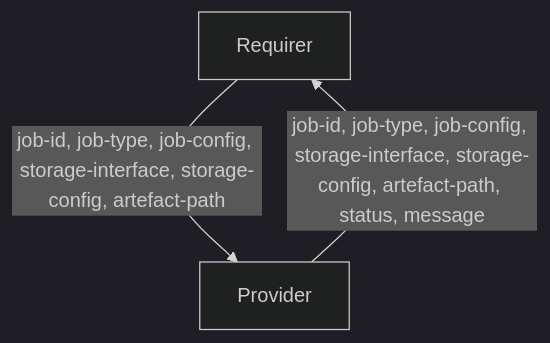
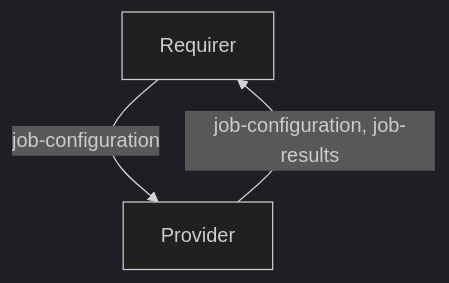
One commit to canonical/charm-relation-interfaces changed the diagram in interfaces/database_backup/v0/README.md. Above: the diagram before and after it, drawn with Mermaid (dark theme).

Commit message:
Simplify the flowchart by summarizing payload rather than listing out all fields

````diff
--- a/interfaces/database_backup/v0/README.md
+++ b/interfaces/database_backup/v0/README.md
@@ -14,5 +14,5 @@
 ```mermaid
 flowchart TD
-    Requirer -- job-id, job-type, job-config, storage-interface, storage-config, artefact-path --> Provider
-    Provider -- job-id, job-type, job-config, storage-interface, storage-config, artefact-path, status, message --> Requirer
+    Requirer -- job-configuration --> Provider
+    Provider -- job-configuration, job-results --> Requirer
 ```
````
